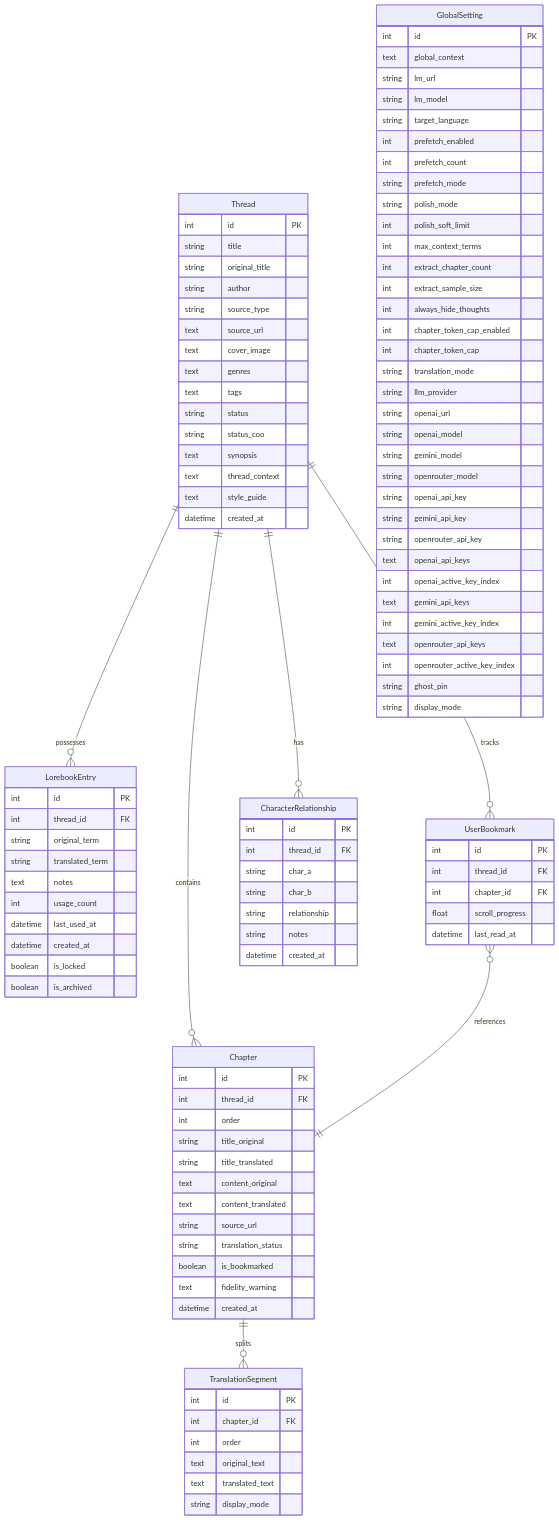
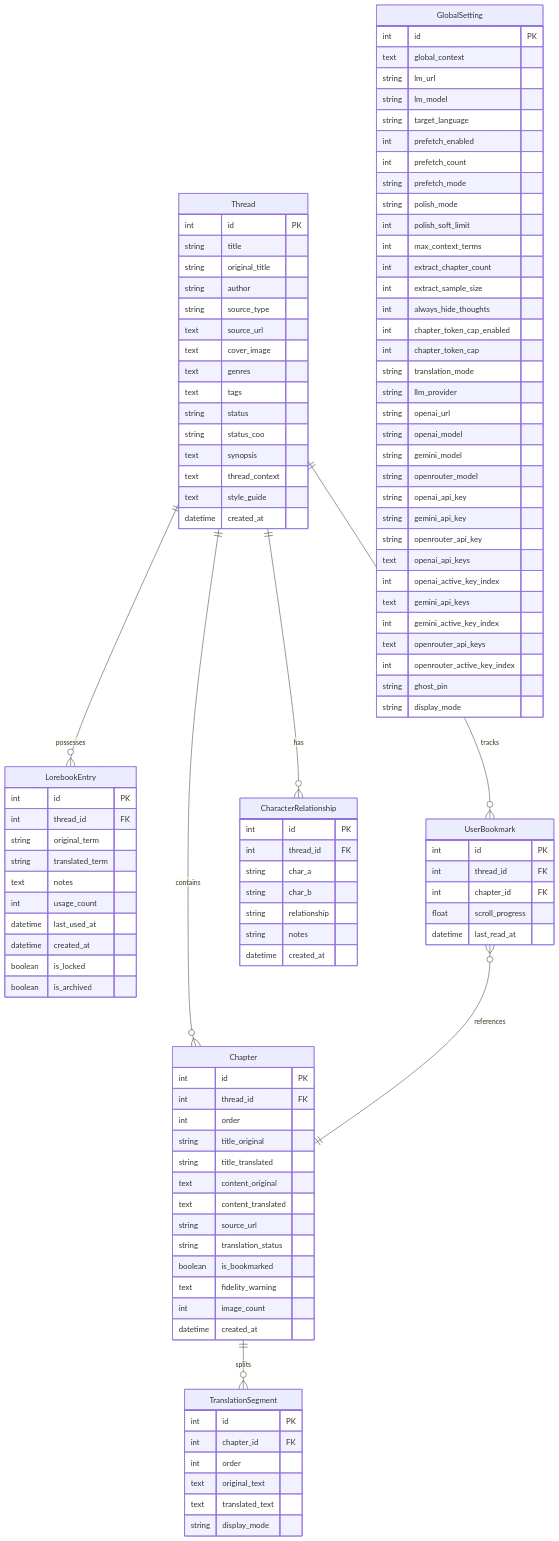
The first of 2 diagrams in docs/Handoff.md (smone-jovan/Translator_Web), drawn with Mermaid before and after one commit. The commit also changed other lines of this file and 127 other files, not shown here.

```diff
--- a/docs/Handoff.md
+++ b/docs/Handoff.md
@@ -163,6 +167,7 @@
         string translation_status
         boolean is_bookmarked
         text fidelity_warning
+        int image_count
         datetime created_at
     }
     
```
